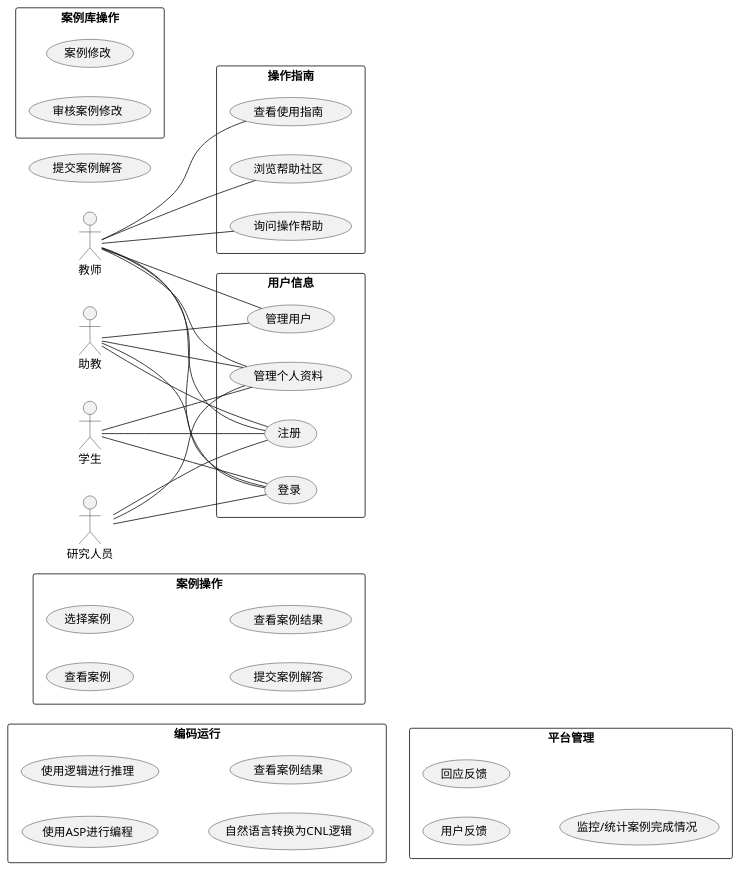
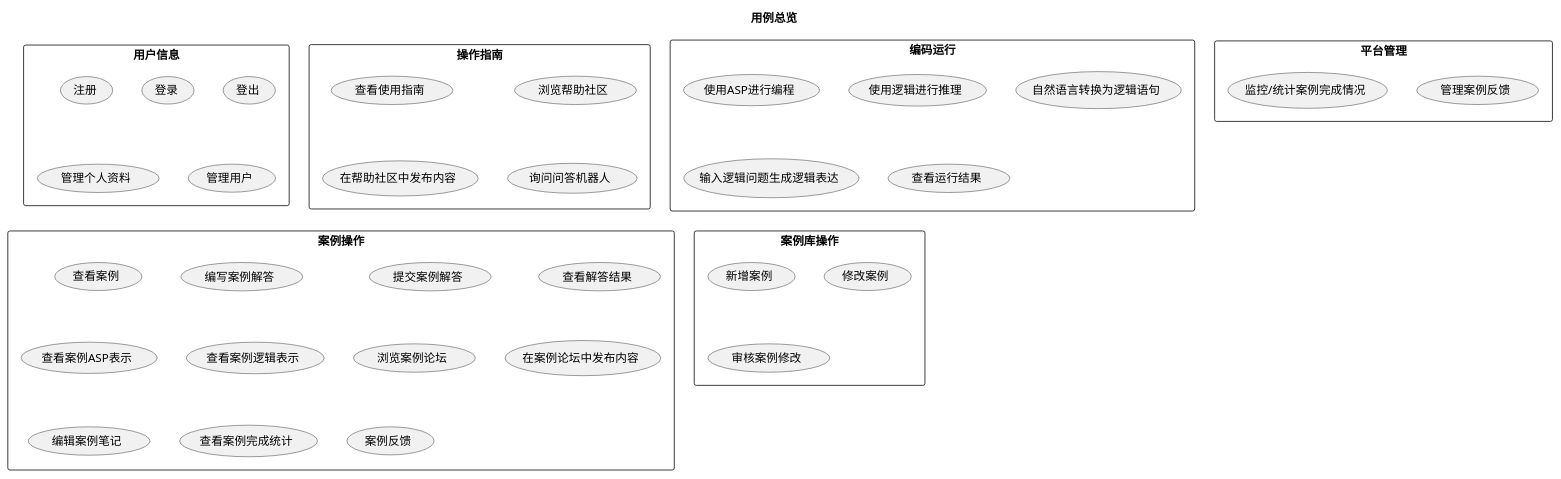
The third of 9 diagrams in platform-design/design-docs/my-usercase-design.wsd (reaLJR/Logical-thinking-and-programming), drawn with PlantUML before and after one commit. The commit also changed other lines of this file and 14 other files, not shown here.

```diff
--- a/platform-design/design-docs/my-usercase-design.wsd
+++ b/platform-design/design-docs/my-usercase-design.wsd
@@ -1,104 +282,57 @@
-@startuml 用例图设计
-
-left to right direction
-
-actor "教师" as teacher
-actor "学生" as student
-actor "助教" as assistant
-actor "研究人员" as expert
+@startuml 用例概览
+title "用例总览"
 
 rectangle "用户信息" {
     usecase (注册) as signUp
     usecase (登录) as signIn
+    usecase (登出) as signOut
     usecase (管理个人资料) as manageInfo
     usecase (管理用户) as manageAccount
 }
 
 rectangle "操作指南" {
     usecase (查看使用指南) as viewGuide
     usecase (浏览帮助社区) as viewHelpCommunity
-    usecase (询问操作帮助) as askRobot    
+    usecase (在帮助社区中发布内容) as communicateHelpCommunity
+    usecase (询问问答机器人) as askRobot    
 }
 
 rectangle "编码运行" {
     usecase (使用ASP进行编程) as viaAsp
 
     usecase (使用逻辑进行推理) as viaLogic
 
-    usecase (自然语言转换为CNL逻辑) as viaNl
+    usecase (自然语言转换为逻辑语句) as viaNl
+
+    usecase (输入逻辑问题生成逻辑表达) as questionAutoTransfer
 
     usecase (查看运行结果) as checkResult
 }
 
 rectangle "案例操作" {
     usecase (查看案例) as viewCase
-    usecase (选择案例) as pickCase
+    usecase (编写案例解答) as solveCase
     usecase (提交案例解答) as submitCaseSolution
-    usecase (查看案例结果) as checkCaseResult
+    usecase (查看解答结果) as checkCaseResult
+    usecase (查看案例ASP表示) as caseAsp
+    usecase (查看案例逻辑表示) as caseLogic
+
+    usecase (浏览案例论坛) as viewCaseCommunity
+    usecase (在案例论坛中发布内容) as communicateCaseCommunity
+    usecase (编辑案例笔记) as writeCaseNotes
+    usecase (查看案例完成统计) as checkCaseStatistics
+    usecase (案例反馈) as caseFeedback
 }
 
 rectangle "案例库操作" {
-    usecase (案例修改) as editCase
-    usecase (审核案例修改) as checkEdit
+    usecase (新增案例) as addCase
+    usecase (修改案例) as editCase
+    usecase (审核案例修改) as checkCaseEdit
 }
 
 rectangle "平台管理" {
-    usecase (用户反馈) as feedback
-    usecase (回应反馈) as responseFeedback
-    usecase (监控/统计案例完成情况) as monitor
+    usecase (管理案例反馈) as manageFeedback
+    usecase (监控/统计案例完成情况) as monitorCases
 }
 
-usecase (注册) as signUp
-usecase (登录) as signIn
-usecase (管理个人资料) as manageInfo
-usecase (管理用户) as manageAccount
-
-usecase (查看使用指南) as viewGuide
-usecase (浏览帮助社区) as viewHelpCommunity
-usecase (询问操作帮助) as askRobot    
-
-usecase (使用ASP进行编程) as viaAsp
-
-usecase (使用逻辑进行推理) as viaLogic
-
-usecase (自然语言转换为CNL逻辑) as viaNl
-
-usecase (查看运行结果) as checkResult
-
-usecase (查看案例) as viewCase
-usecase (选择案例) as pickCase
-usecase (提交案例解答) as submitSolution
-usecase (查看案例结果) as checkResult
-
-usecase (案例修改) as editCase
-usecase (审核案例修改) as checkEdit
-
-usecase (用户反馈) as feedback
-usecase (回应反馈) as responseFeedback
-usecase (监控/统计案例完成情况) as monitor
-
-' 用户信息
-teacher -- signUp
-teacher -- signIn
-teacher -- manageInfo
-teacher -- manageAccount
-
-student -- signUp
-student -- signIn
-student -- manageInfo
-
-assistant -- signUp
-assistant -- signIn
-assistant -- manageInfo
-assistant -- manageAccount
-
-expert -- signUp
-expert -- signIn
-expert -- manageInfo
-
-teacher -- viewGuide
-teacher -- viewHelpCommunity
-teacher -- askRobot
-
-
 @enduml
```
